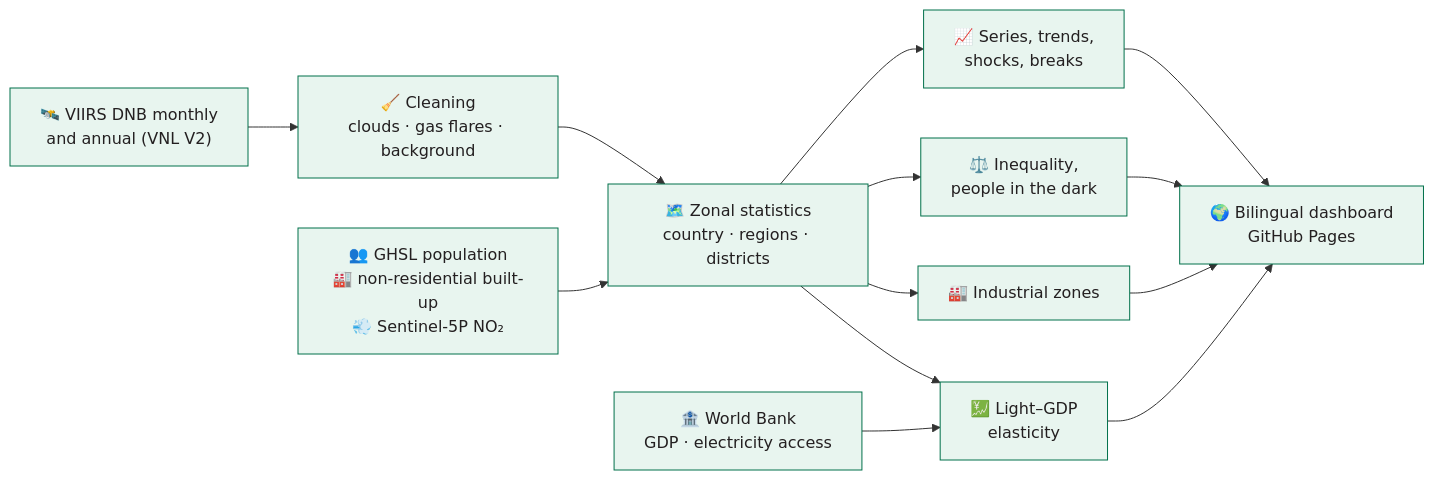
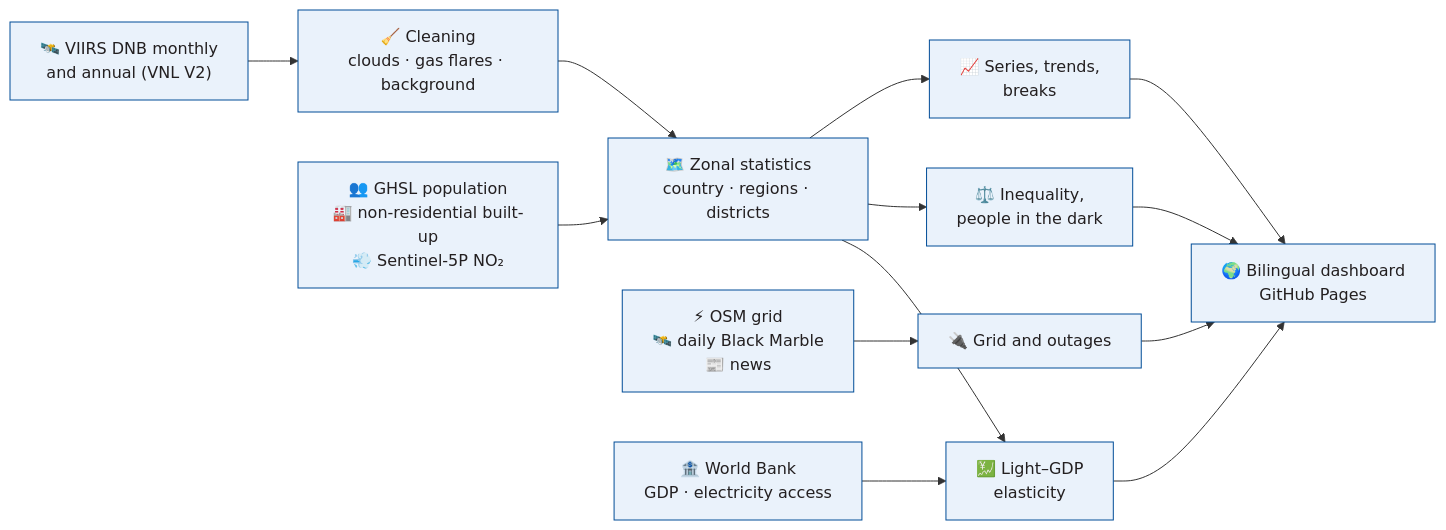
The diagram in README.md (lamyakejji/ntl-dashboard), drawn with Mermaid before and after one commit. The commit also changed other lines of this file and 6 other files, not shown here.

````diff
--- a/README.md
+++ b/README.md
@@ -93,14 +83,14 @@
 ```mermaid
 flowchart LR
     A["🛰️ VIIRS DNB monthly<br/>and annual (VNL V2)"] --> B["🧹 Cleaning<br/>clouds · gas flares · background"]
     B --> C["🗺️ Zonal statistics<br/>country · regions · districts"]
     P["👥 GHSL population<br/>🏭 non-residential built-up<br/>💨 Sentinel-5P NO₂"] --> C
-    C --> D["📈 Series, trends,<br/>shocks, breaks"]
+    C --> D["📈 Series, trends,<br/>breaks"]
     C --> E["⚖️ Inequality,<br/>people in the dark"]
-    C --> F["🏭 Industrial zones"]
+    R["⚡ OSM grid<br/>🛰️ daily Black Marble<br/>📰 news"] --> F["🔌 Grid and outages"]
     W["🏦 World Bank<br/>GDP · electricity access"] --> G["💹 Light–GDP<br/>elasticity"]
     C --> G
     D & E & F & G --> H["🌍 Bilingual dashboard<br/>GitHub Pages"]
-    classDef default fill:#E8F5EF,stroke:#00704A,color:#231F20;
-    class H fill:#00704A,color:#fff,stroke:#F5C242
+    classDef default fill:#EAF2FB,stroke:#004C97,color:#231F20;
+    class H fill:#004C97,color:#fff,stroke:#F5BD47
 ```
````
